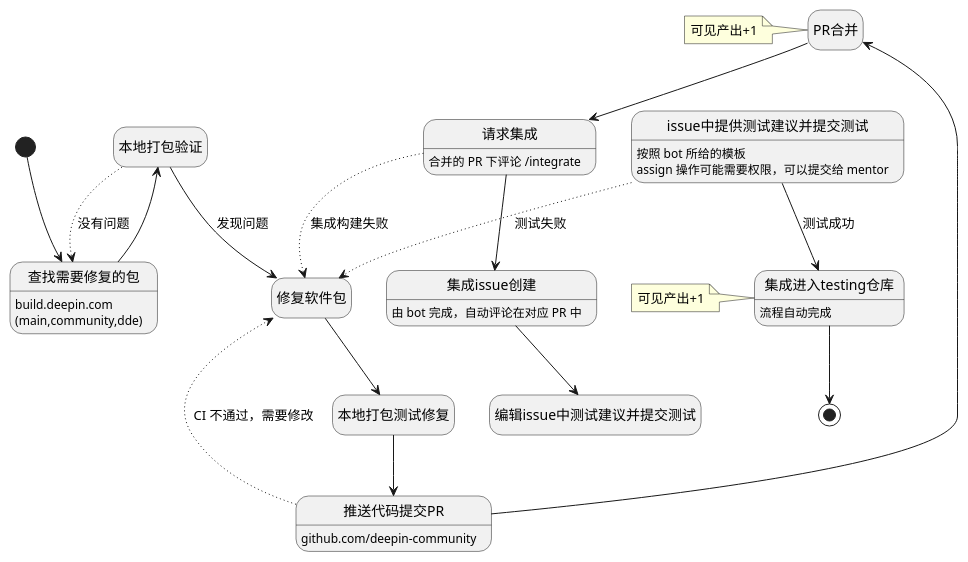
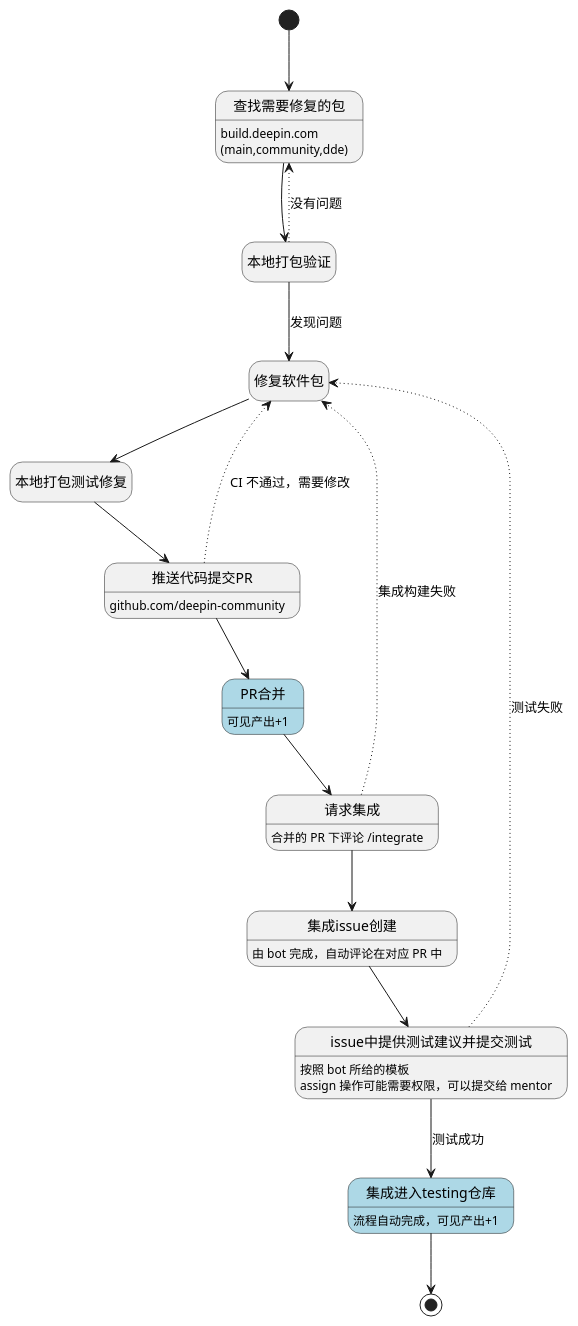
Before and after one commit to linuxdeepin/wiki.deepin.org: the diagram in 06_关于Deepin/Deepin活动/甲辰计划/intro.md, drawn with PlantUML. The commit also changed other lines of this file, not shown here.

````diff
--- a/06_关于Deepin/Deepin活动/甲辰计划/intro.md
+++ b/06_关于Deepin/Deepin活动/甲辰计划/intro.md
@@ -23,37 +43,34 @@
 ```plantuml
 @startuml
 hide empty description
 
 state 查找需要修复的包 : build.deepin.com\n(main,community,dde)
 state 本地打包验证
 state 修复软件包
 state 本地打包测试修复
 state 推送代码提交PR : github.com/deepin-community
-state PR合并
+state PR合并 #lightblue : 可见产出+1
 state 请求集成 : 合并的 PR 下评论 /integrate
 state 集成issue创建 : 由 bot 完成，自动评论在对应 PR 中
 state issue中提供测试建议并提交测试 : 按照 bot 所给的模板\nassign 操作可能需要权限，可以提交给 mentor
-state 集成进入testing仓库 : 流程自动完成
-
-note left of PR合并 : 可见产出+1
-note left of 集成进入testing仓库 : 可见产出+1
+state 集成进入testing仓库 #lightblue : 流程自动完成，可见产出+1
 
 [*] --> 查找需要修复的包
 查找需要修复的包 --> 本地打包验证
 本地打包验证 -[dotted]-> 查找需要修复的包 : 没有问题
 本地打包验证 --> 修复软件包 : 发现问题
 修复软件包 --> 本地打包测试修复
 本地打包测试修复 --> 推送代码提交PR
 推送代码提交PR -[dotted]-> 修复软件包 : CI 不通过，需要修改
 推送代码提交PR --> PR合并
 PR合并 --> 请求集成
 请求集成 --> 集成issue创建
 请求集成 -[dotted]-> 修复软件包 : 集成构建失败
-集成issue创建 --> 编辑issue中测试建议并提交测试
+集成issue创建 --> issue中提供测试建议并提交测试
 issue中提供测试建议并提交测试 -[dotted]-> 修复软件包 : 测试失败
 issue中提供测试建议并提交测试 --> 集成进入testing仓库 : 测试成功
 集成进入testing仓库 --> [*]
 
 
 @enduml
 ```
````
